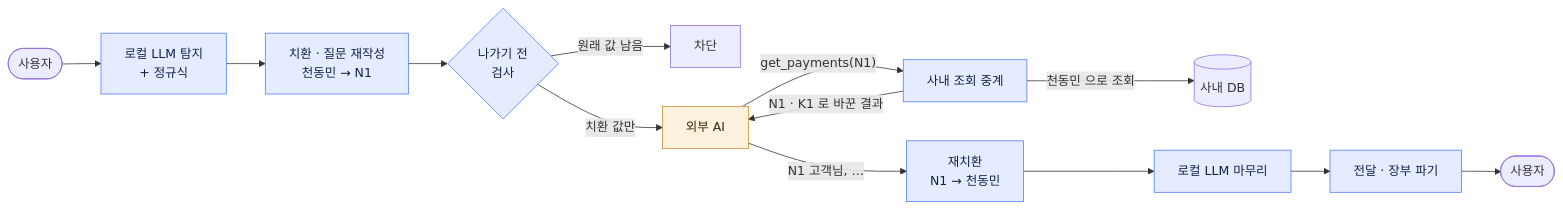
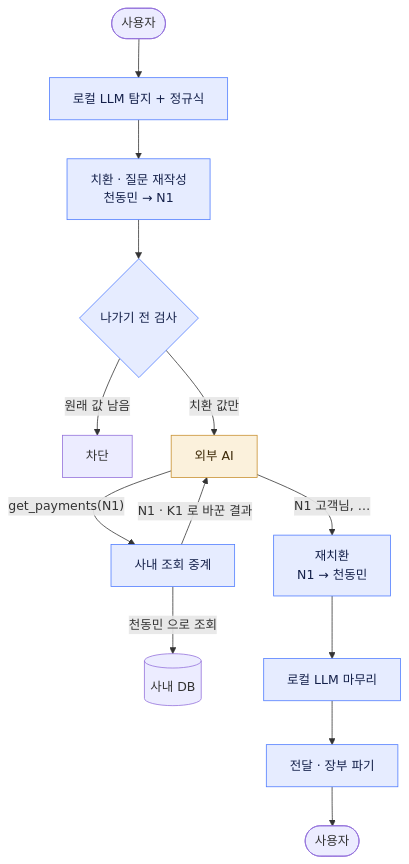
One commit to veilgate/veilgate-server changed the first of 3 diagrams in README.md. Above: the diagram before and after it, drawn with Mermaid. The commit also changed other lines of this file and 1 other file, not shown here.

````diff
--- a/README.md
+++ b/README.md
@@ -64,14 +64,19 @@
 ```mermaid
-flowchart LR
-    U(["사용자"]) --> D["로컬 LLM 탐지<br/>+ 정규식"] --> M["치환 · 질문 재작성<br/>천동민 → N1"] --> C{"나가기 전<br/>검사"}
+flowchart TB
+    U(["사용자"]) --> D["로컬 LLM 탐지 + 정규식"]
+    D --> M["치환 · 질문 재작성<br/>천동민 → N1"]
+    M --> C{"나가기 전 검사"}
     C -- "원래 값 남음" --> B["차단"]
     C -- "치환 값만" --> X["외부 AI"]
     X -- "get_payments(N1)" --> T["사내 조회 중계"]
     T -- "천동민 으로 조회" --> DB[("사내 DB")]
     T -- "N1 · K1 로 바꾼 결과" --> X
-    X -- "N1 고객님, …" --> R["재치환<br/>N1 → 천동민"] --> L["로컬 LLM 마무리"] --> F["전달 · 장부 파기"] --> U2(["사용자"])
+    X -- "N1 고객님, …" --> R["재치환<br/>N1 → 천동민"]
+    R --> L["로컬 LLM 마무리"]
+    L --> F["전달 · 장부 파기"]
+    F --> U2(["사용자"])
     classDef ext fill:#fbf1dc,stroke:#c8902f,color:#3d2a08
     classDef gate fill:#e6ecff,stroke:#4f7cff,color:#14204a
     class X ext
     class D,M,C,T,R,L,F gate
 ```
````
